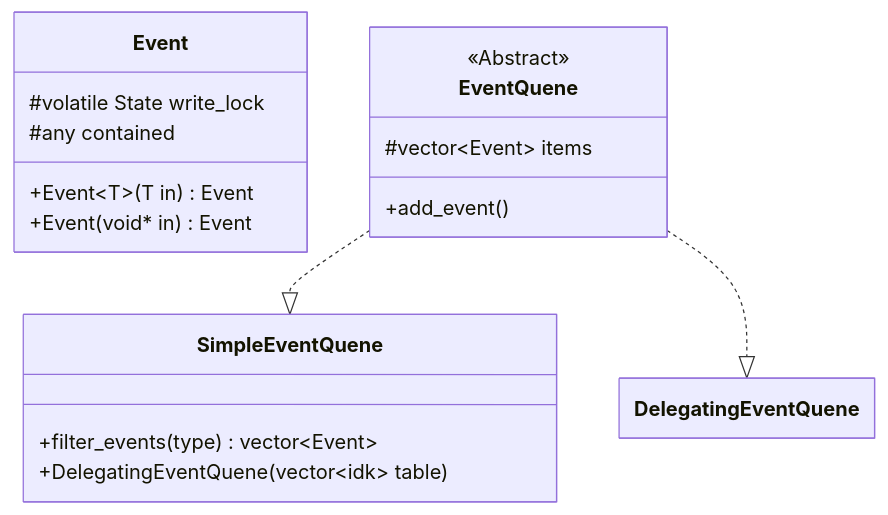
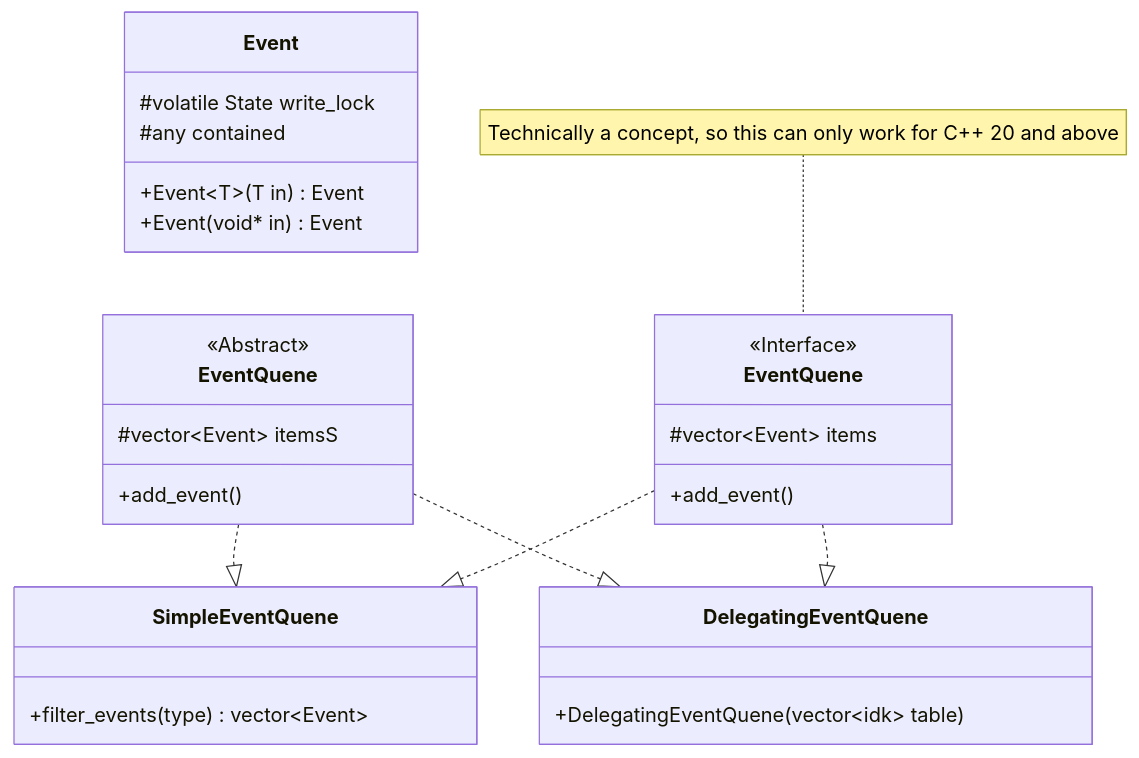
One commit to Mnem42/Spengine changed the first of 3 diagrams in Spengine/lib/documentation/Event system.md. Above: the diagram before and after it, drawn with Mermaid.

Commit message:
diagram go brrrr

````diff
--- a/Spengine/lib/documentation/Event system.md
+++ b/Spengine/lib/documentation/Event system.md
@@ -5,29 +5,36 @@
 ```mermaid
 ---
   config:
     class:
       hideEmptyMembersBox: true
 ---
 
 classDiagram
 	class EVT["Event"]
 		EVT: #volatile State write_lock
 		EVT: #any contained
 
 		EVT: +Event~T~(T in) Event
 		EVT: +Event(void* in) Event
 
 	class EQ["EventQuene"] 
 		<<Abstract>> EQ
-		EQ: #vector~Event~ items
+		EQ: #vector~Event~ itemsS
 		EQ: +add_event()
 
+	class EQT["EventQuene"] 
+		<<Interface>> EQT
+		EQT: #vector~Event~ items
+		EQT: +add_event()
+		note for EQT "Technically a concept, so this can only work for C++ 20 and above"
     class SEQ["SimpleEventQuene"]
 		SEQ: +filter_events(type) vector~Event~
 
 	class DEQ["DelegatingEventQuene"]
-		SEQ: +DelegatingEventQuene(vector~idk~ table)
+		DEQ: +DelegatingEventQuene(vector~idk~ table)
 
 	EQ ..|> SEQ
 	EQ ..|> DEQ
+	EQT ..|> SEQ
+	EQT ..|> DEQ
 ```
````
